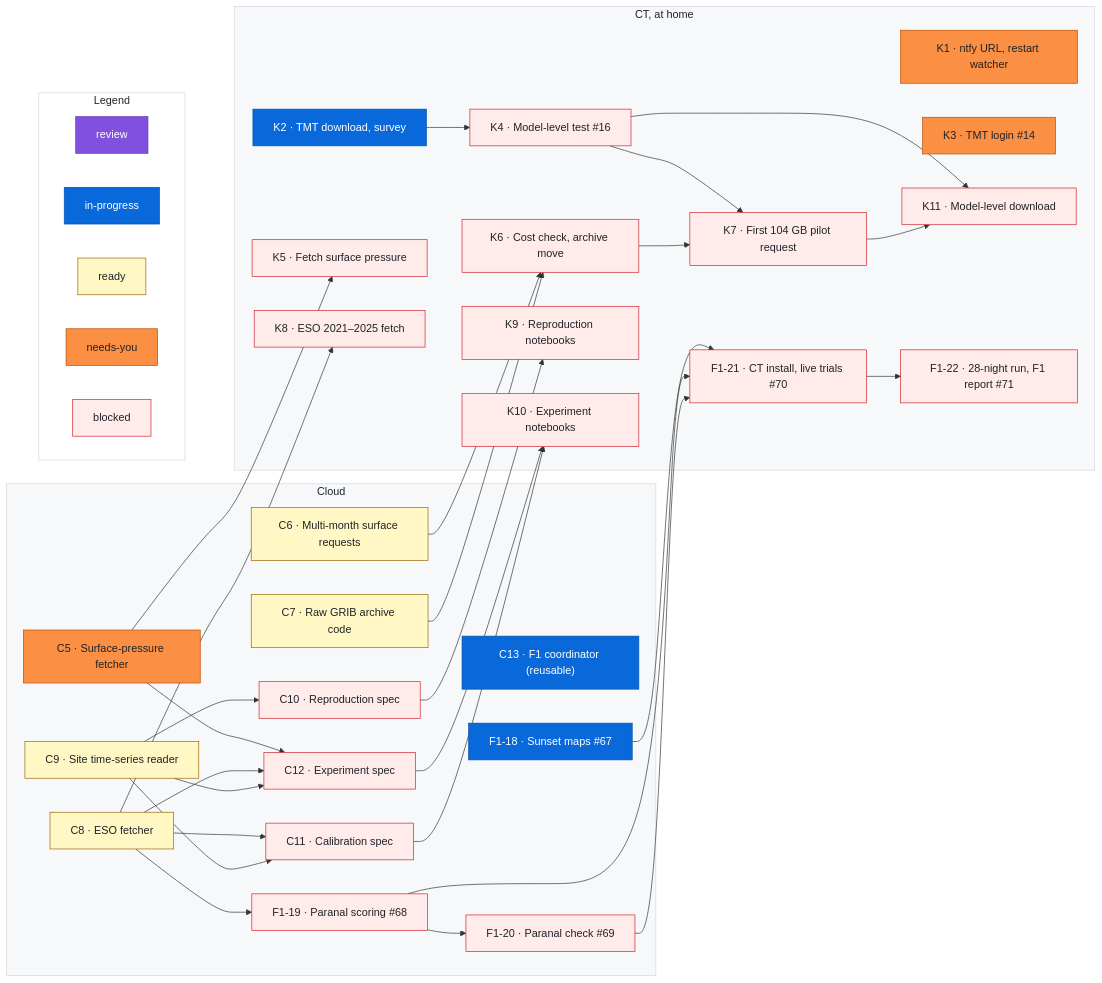
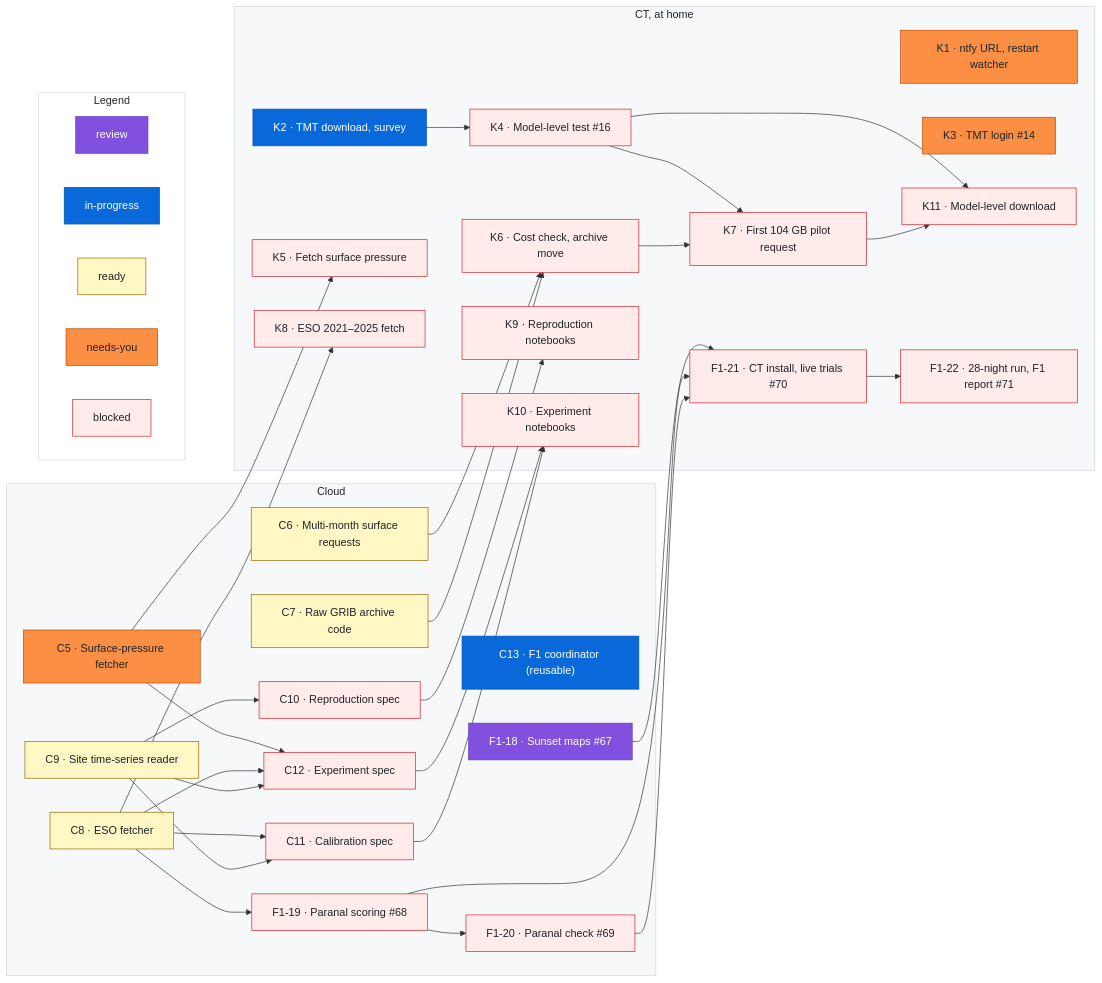
One commit to rrweller/Astro-seeing changed the diagram in docs/roadmap.md. Above: the diagram before and after it, drawn with Mermaid. The commit also changed other lines of this file, not shown here.

Commit message:
roadmap: F1-18 in-progress → review
Claude-Session: https://claude.ai/code/session_01ECS9raFm3vxsrVcoCuKymK

```diff
--- a/docs/roadmap.md
+++ b/docs/roadmap.md
@@ -160,7 +160,7 @@
   %% ---
   class C13 inprogress
   %% ---
-  class F1_18 inprogress
+  class F1_18 review
   %% ---
   class F1_19 blocked
   %% ---
```
